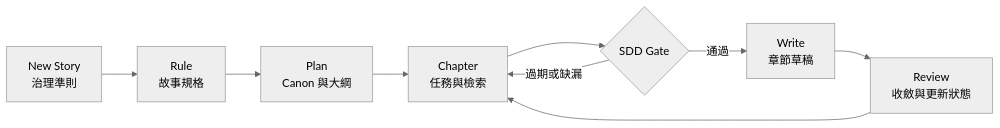
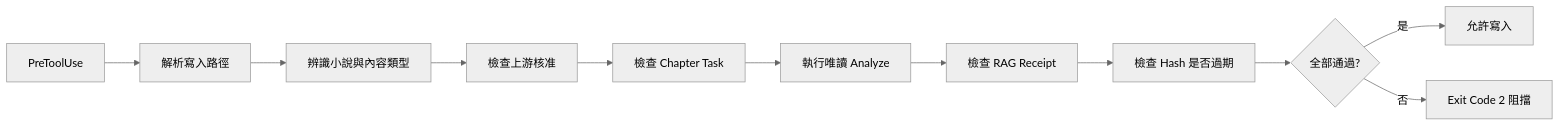
One commit to JontCont/novelist-skills changed the second of 2 diagrams in README.md. Above: the diagram before and after it, drawn with Mermaid (neutral theme). The commit also changed other lines of this file, not shown here.

Commit message:
Refactor creative process flowchart and enhance hook execution details in README

````diff
--- a/README.md
+++ b/README.md
@@ -49,11 +212,13 @@
 ```mermaid
 flowchart LR
-    A[New Story<br/>治理準則] --> B[Rule<br/>故事規格]
-    B --> C[Plan<br/>Canon 與大綱]
-    C --> D[Chapter<br/>任務與檢索]
-    D --> E{SDD Gate}
-    E -->|通過| F[Write<br/>章節草稿]
-    E -->|過期或缺漏| D
-    F --> G[Review<br/>收斂與更新狀態]
-    G --> D
+  A[PreToolUse] --> B[解析寫入路徑]
+  B --> C[辨識小說與內容類型]
+  C --> D[檢查上游核准]
+  D --> E[檢查 Chapter Task]
+  E --> F[執行唯讀 Analyze]
+  F --> G[檢查 RAG Receipt]
+  G --> H[檢查 Hash 是否過期]
+  H --> I{全部通過?}
+  I -->|是| J[允許寫入]
+  I -->|否| K[Exit Code 2 阻擋]
 ```
````
